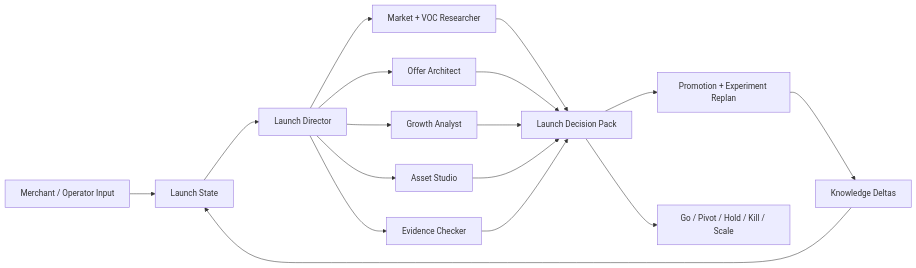
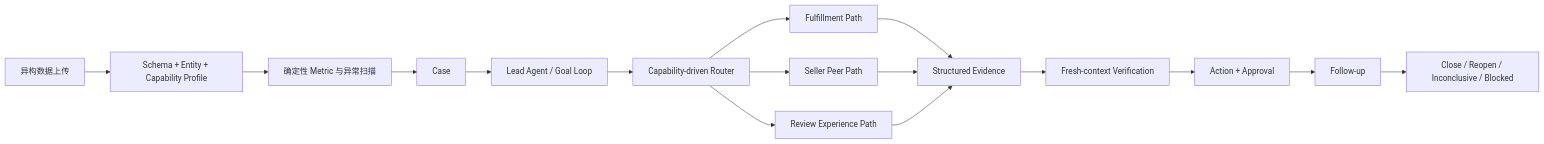
The diagram in README.md (CheungkiCheung/EcomLaunch-Agent), drawn with Mermaid before and after one commit. The commit also changed other lines of this file and 21 other files, not shown here.

Commit message:
chore: establish commerce case agent phase zero

````diff
--- a/README.md
+++ b/README.md
@@ -41,19 +89,18 @@
 ```mermaid
 flowchart LR
-  User["Merchant / Operator Input"] --> State["Launch State"]
-  State --> Lead["Launch Director"]
-  Lead --> Scout["Market + VOC Researcher"]
-  Lead --> Offer["Offer Architect"]
-  Lead --> Analyst["Growth Analyst"]
-  Lead --> Studio["Asset Studio"]
-  Lead --> Checker["Evidence Checker"]
-  Scout --> Pack["Launch Decision Pack"]
-  Offer --> Pack
-  Analyst --> Pack
-  Studio --> Pack
-  Checker --> Pack
-  Pack --> Replan["Promotion + Experiment Replan"]
-  Replan --> Knowledge["Knowledge Deltas"]
-  Knowledge --> State
-  Pack --> Decision["Go / Pivot / Hold / Kill / Scale"]
+  Upload["异构数据上传"] --> Profile["Schema + Entity + Capability Profile"]
+  Profile --> Metrics["确定性 Metric 与异常扫描"]
+  Metrics --> Case["Case"]
+  Case --> Lead["Lead Agent / Goal Loop"]
+  Lead --> Router["Capability-driven Router"]
+  Router --> Fulfillment["Fulfillment Path"]
+  Router --> Peer["Seller Peer Path"]
+  Router --> Review["Review Experience Path"]
+  Fulfillment --> Evidence["Structured Evidence"]
+  Peer --> Evidence
+  Review --> Evidence
+  Evidence --> Verify["Fresh-context Verification"]
+  Verify --> Action["Action + Approval"]
+  Action --> Followup["Follow-up"]
+  Followup --> Outcome["Close / Reopen / Inconclusive / Blocked"]
 ```
````
